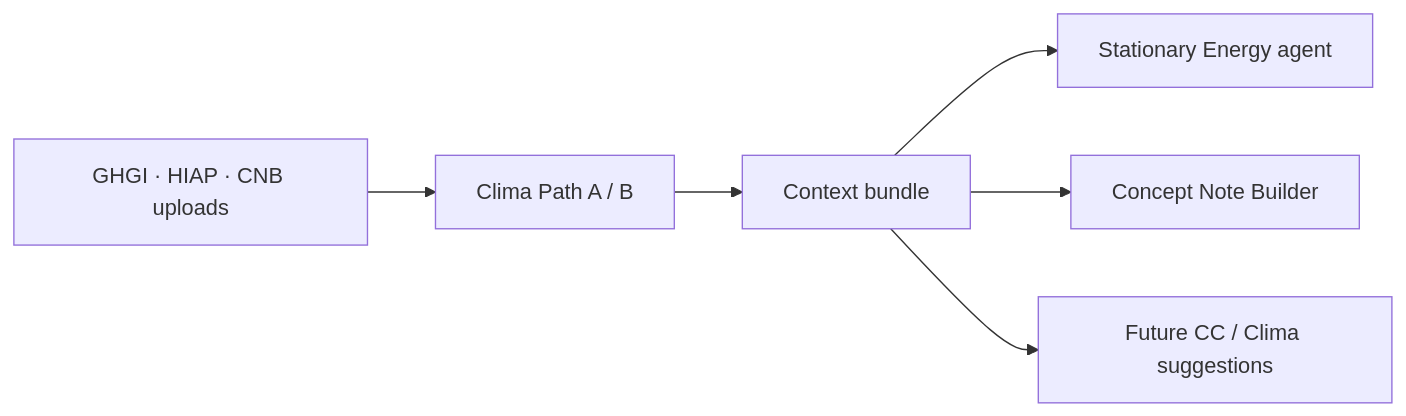
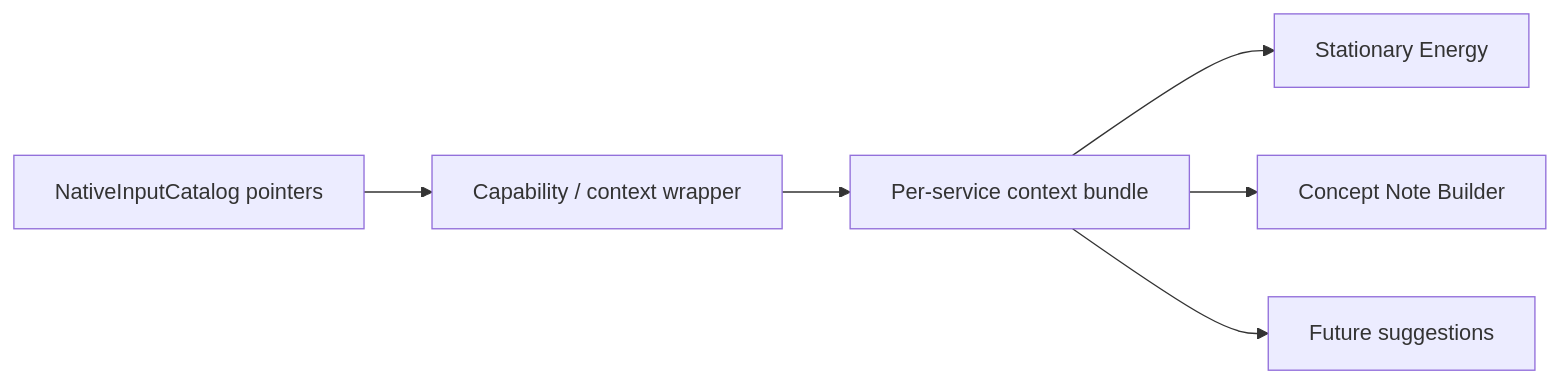
The third of 3 diagrams in docs/NativeDocumentStorageArchitecture.md (Open-Earth-Foundation/CityCatalyst), drawn with Mermaid before and after one commit. The commit also changed other lines of this file, not shown here.

Commit message:
docs(CC-553): align architecture with Mirco PR review feedback

````diff
--- a/docs/NativeDocumentStorageArchitecture.md
+++ b/docs/NativeDocumentStorageArchitecture.md
@@ -258,8 +288,8 @@
 ```mermaid
 flowchart LR
-  Inputs["GHGI · HIAP · CNB uploads"] --> Access["Clima Path A / B"]
-  Access --> Bundle["Context bundle"]
-  Bundle --> SE["Stationary Energy agent"]
+  Cat["NativeInputCatalog pointers"] --> Cap["Capability / context wrapper"]
+  Cap --> Bundle["Per-service context bundle"]
+  Bundle --> SE["Stationary Energy"]
   Bundle --> CNBw["Concept Note Builder"]
-  Bundle --> Recs["Future CC / Clima suggestions"]
+  Bundle --> Recs["Future suggestions"]
 ```
````
